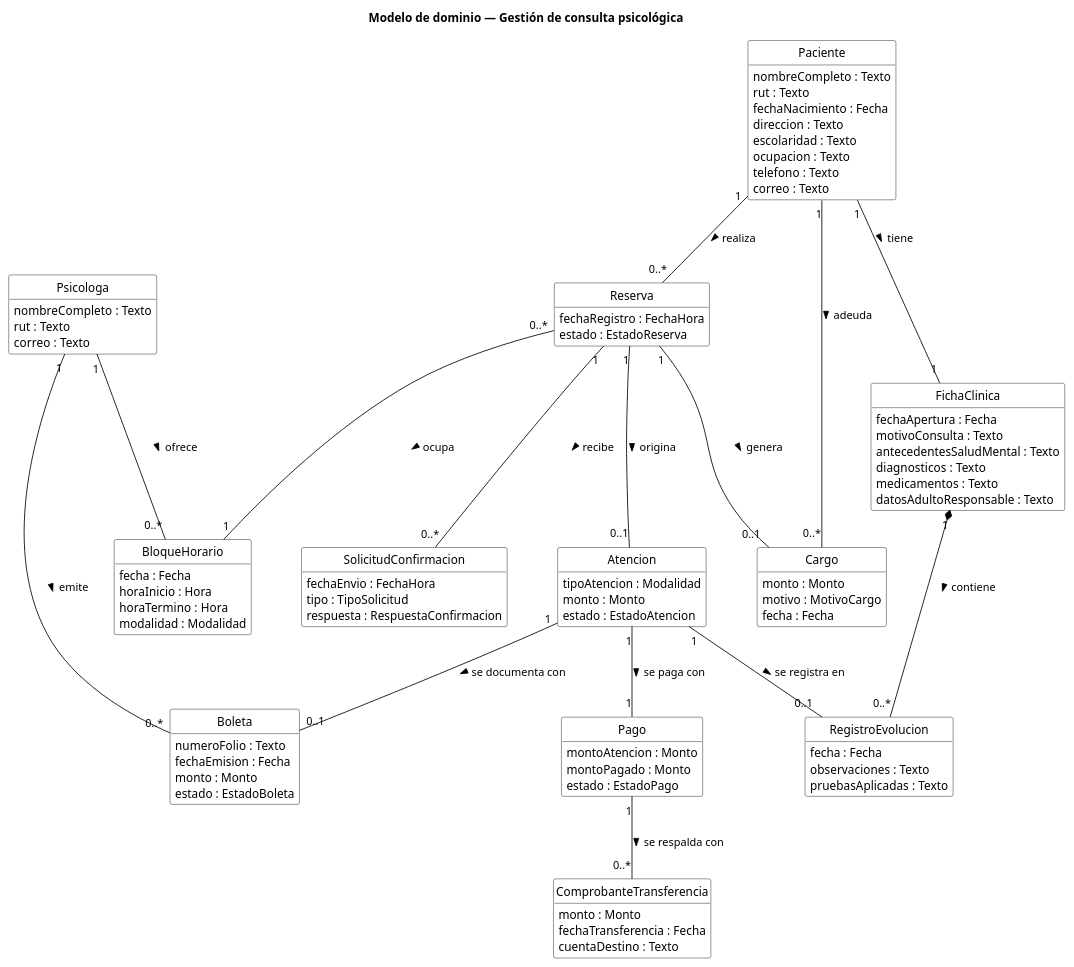
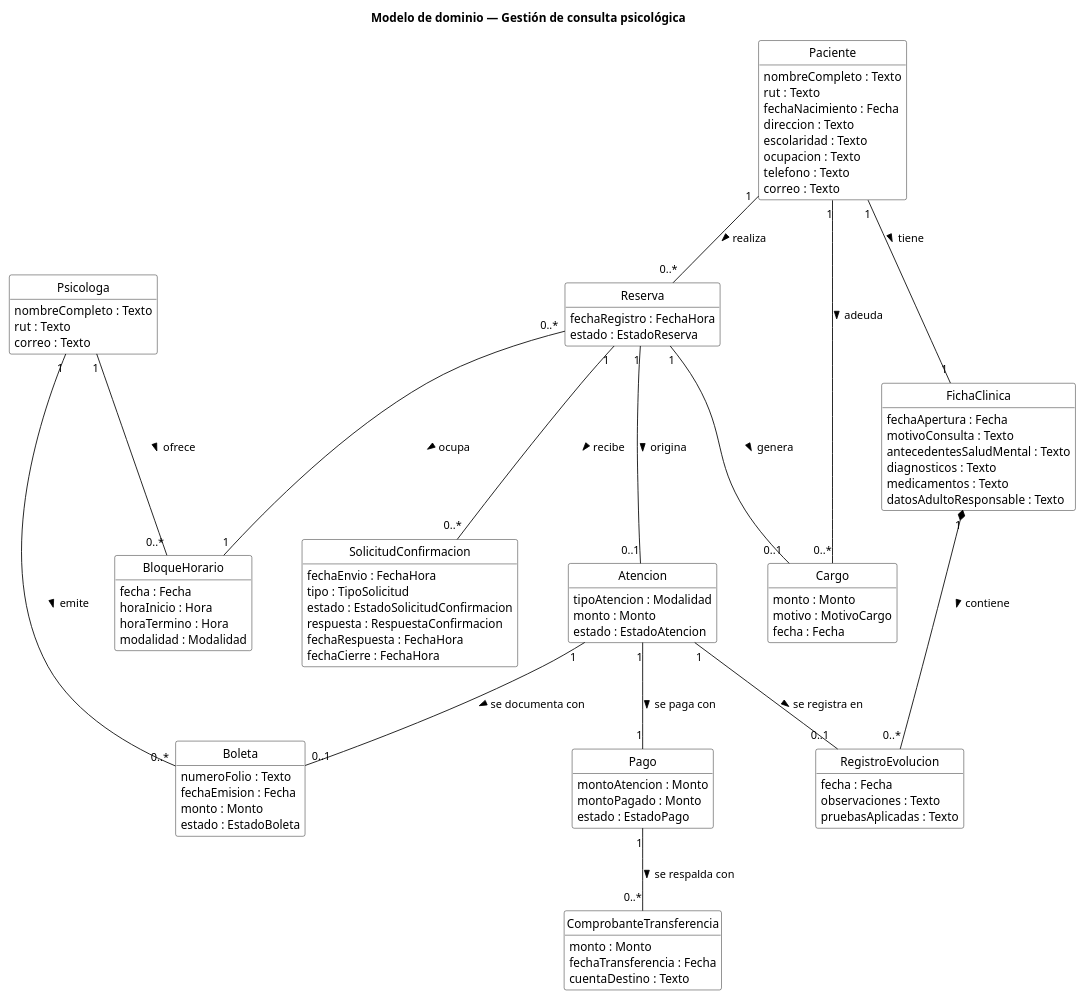
Before and after one commit to gestion-consulta-psicologica/ingenieria-requisitos: the diagram in diagramas/modelo-dominio.puml, drawn with PlantUML. The commit also changed 119 other files, not shown here.

```diff
--- a/diagramas/modelo-dominio.puml
+++ b/diagramas/modelo-dominio.puml
@@ -1,116 +1,119 @@
 @startuml modelo-dominio
 ' Modelo de dominio — Gestión de consulta psicológica
 ' Notación UML 2.0: clases del dominio con atributos, sin métodos ni visibilidad.
 
 skinparam classAttributeIconSize 0
 skinparam shadowing false
 skinparam nodesep 60
 skinparam ranksep 70
 skinparam class {
   BackgroundColor White
   BorderColor Black
   ArrowColor Black
 }
 hide empty methods
 hide circle
 
 title Modelo de dominio — Gestión de consulta psicológica
 
 class Psicologa {
   nombreCompleto : Texto
   rut : Texto
   correo : Texto
 }
 
 class Paciente {
   nombreCompleto : Texto
   rut : Texto
   fechaNacimiento : Fecha
   direccion : Texto
   escolaridad : Texto
   ocupacion : Texto
   telefono : Texto
   correo : Texto
 }
 
 class BloqueHorario {
   fecha : Fecha
   horaInicio : Hora
   horaTermino : Hora
   modalidad : Modalidad
 }
 
 class Reserva {
   fechaRegistro : FechaHora
   estado : EstadoReserva
 }
 
 class SolicitudConfirmacion {
   fechaEnvio : FechaHora
   tipo : TipoSolicitud
+  estado : EstadoSolicitudConfirmacion
   respuesta : RespuestaConfirmacion
+  fechaRespuesta : FechaHora
+  fechaCierre : FechaHora
 }
 
 class Atencion {
   tipoAtencion : Modalidad
   monto : Monto
   estado : EstadoAtencion
 }
 
 class Pago {
   montoAtencion : Monto
   montoPagado : Monto
   estado : EstadoPago
 }
 
 class ComprobanteTransferencia {
   monto : Monto
   fechaTransferencia : Fecha
   cuentaDestino : Texto
 }
 
 class Cargo {
   monto : Monto
   motivo : MotivoCargo
   fecha : Fecha
 }
 
 class Boleta {
   numeroFolio : Texto
   fechaEmision : Fecha
   monto : Monto
   estado : EstadoBoleta
 }
 
 class FichaClinica {
   fechaApertura : Fecha
   motivoConsulta : Texto
   antecedentesSaludMental : Texto
   diagnosticos : Texto
   medicamentos : Texto
   datosAdultoResponsable : Texto
 }
 
 class RegistroEvolucion {
   fecha : Fecha
   observaciones : Texto
   pruebasAplicadas : Texto
 }
 
 ' --- Asociaciones ---
 Psicologa "1" -- "0..*" BloqueHorario : ofrece >
 Paciente "1" -- "0..*" Reserva : realiza >
 Reserva "0..*" -- "1" BloqueHorario : ocupa >
 Reserva "1" -- "0..*" SolicitudConfirmacion : recibe >
 Reserva "1" -- "0..1" Atencion : origina >
 Reserva "1" -- "0..1" Cargo : genera >
 Paciente "1" -- "0..*" Cargo : adeuda >
 Atencion "1" -- "1" Pago : se paga con >
 Pago "1" -- "0..*" ComprobanteTransferencia : se respalda con >
 Atencion "1" -- "0..1" Boleta : se documenta con >
 Psicologa "1" -- "0..*" Boleta : emite >
 Paciente "1" -- "1" FichaClinica : tiene >
 FichaClinica "1" *-- "0..*" RegistroEvolucion : contiene >
 Atencion "1" -- "0..1" RegistroEvolucion : se registra en >
 
 @enduml
```
